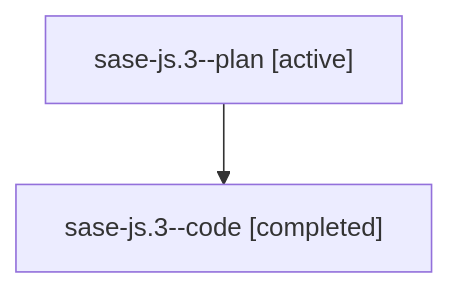
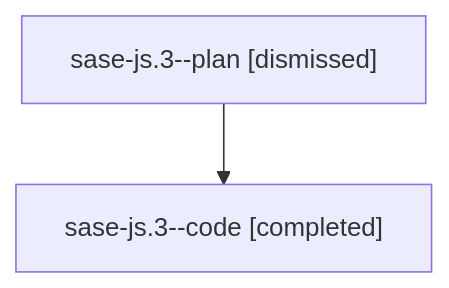
One commit to sase-org/sase--agents changed the diagram in sessions/bbugyi200.athena.sase-js.3.md. Above: the diagram before and after it, drawn with Mermaid. The commit also changed other lines of this file and 112 other files, not shown here.

````diff
--- a/sessions/bbugyi200.athena.sase-js.3.md
+++ b/sessions/bbugyi200.athena.sase-js.3.md
@@ -9,6 +9,6 @@
 ```mermaid
 flowchart TD
-  n0["sase-js.3--plan [active]"]
+  n0["sase-js.3--plan [dismissed]"]
   n1["sase-js.3--code [completed]"]
   n0 --> n1
 ```
````
